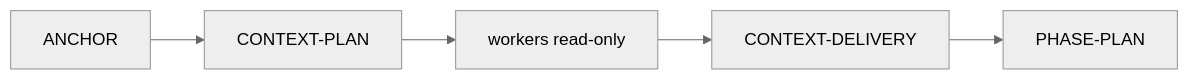
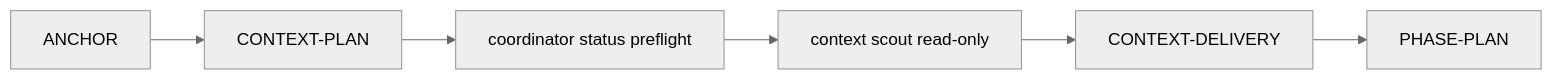
Before and after one commit to gutocarollo/orions-belt: the diagram in docs/architecture/context-delivery.md, drawn with Mermaid (neutral theme). The commit also changed other lines of this file and 65 other files, not shown here.

````diff
--- a/docs/architecture/context-delivery.md
+++ b/docs/architecture/context-delivery.md
@@ -9,7 +9,8 @@
 ```mermaid
 flowchart LR
     A[ANCHOR] --> P[CONTEXT-PLAN]
-    P --> W[workers read-only]
+    P --> S[coordinator status preflight]
+    S --> W[context scout read-only]
     W --> D[CONTEXT-DELIVERY]
     D --> F[PHASE-PLAN]
 ```
````
